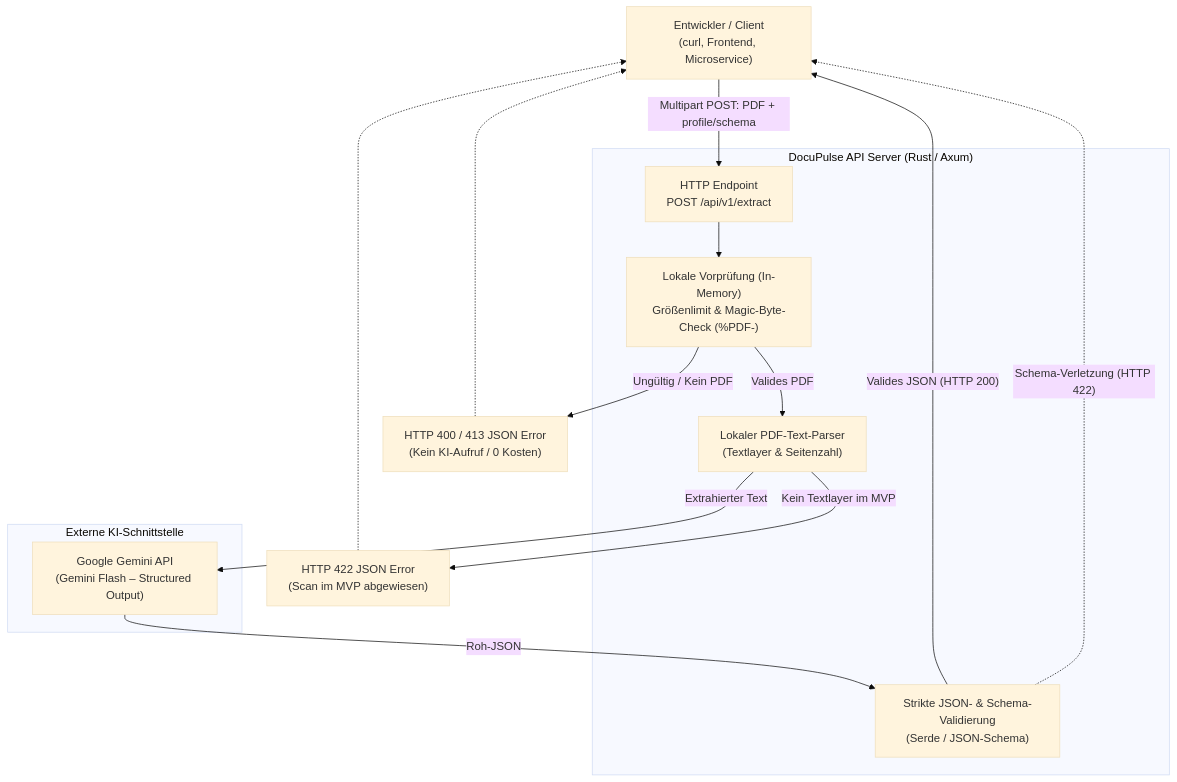
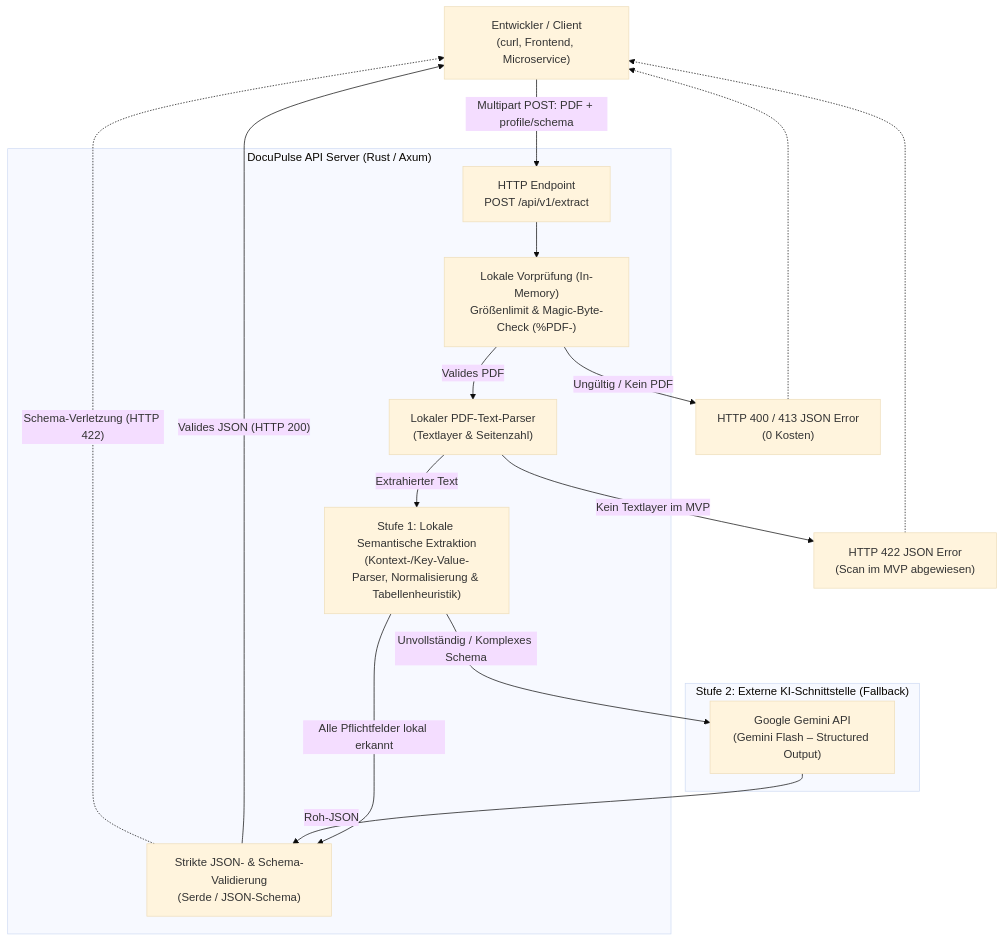
One commit to NiklasTheHaller/PAISE-Projekt changed the diagram in README.md. Above: the diagram before and after it, drawn with Mermaid (base theme). The commit also changed other lines of this file and 3 other files, not shown here.

````diff
--- a/README.md
+++ b/README.md
@@ -50,27 +51,30 @@
 ```mermaid
 flowchart TD
     Developer["Entwickler / Client<br>(curl, Frontend, Microservice)"]
 
     subgraph DocuPulse["DocuPulse API Server (Rust / Axum)"]
         Router["HTTP Endpoint<br>POST /api/v1/extract"]
         Safety["Lokale Vorprüfung (In-Memory)<br>Größenlimit & Magic-Byte-Check (%PDF-)"]
         TextExtract["Lokaler PDF-Text-Parser<br>(Textlayer & Seitenzahl)"]
+        LocalSem["Stufe 1: Lokale Semantische Extraktion<br>(Kontext-/Key-Value-Parser, Normalisierung & Tabellenheuristik)"]
         SchemaVal["Strikte JSON- & Schema-Validierung<br>(Serde / JSON-Schema)"]
     end
 
-    subgraph ExternalAI["Externe KI-Schnittstelle"]
+    subgraph ExternalAI["Stufe 2: Externe KI-Schnittstelle (Fallback)"]
         Gemini["Google Gemini API<br>(Gemini Flash – Structured Output)"]
     end
 
     Developer -->|"Multipart POST: PDF + profile/schema"| Router
     Router --> Safety
-    Safety -->|"Ungültig / Kein PDF"| Error400["HTTP 400 / 413 JSON Error<br>(Kein KI-Aufruf / 0 Kosten)"]
+    Safety -->|"Ungültig / Kein PDF"| Error400["HTTP 400 / 413 JSON Error<br>(0 Kosten)"]
     Safety -->|"Valides PDF"| TextExtract
     TextExtract -->|"Kein Textlayer im MVP"| Error422["HTTP 422 JSON Error<br>(Scan im MVP abgewiesen)"]
-    TextExtract -->|"Extrahierter Text"| Gemini
+    TextExtract -->|"Extrahierter Text"| LocalSem
+    LocalSem -->|"Alle Pflichtfelder lokal erkannt"| SchemaVal
+    LocalSem -->|"Unvollständig / Komplexes Schema"| Gemini
     Gemini -->|"Roh-JSON"| SchemaVal
     SchemaVal -->|"Valides JSON (HTTP 200)"| Developer
     SchemaVal -.->|"Schema-Verletzung (HTTP 422)"| Developer
     Error400 -.-> Developer
     Error422 -.-> Developer
 ```
````
